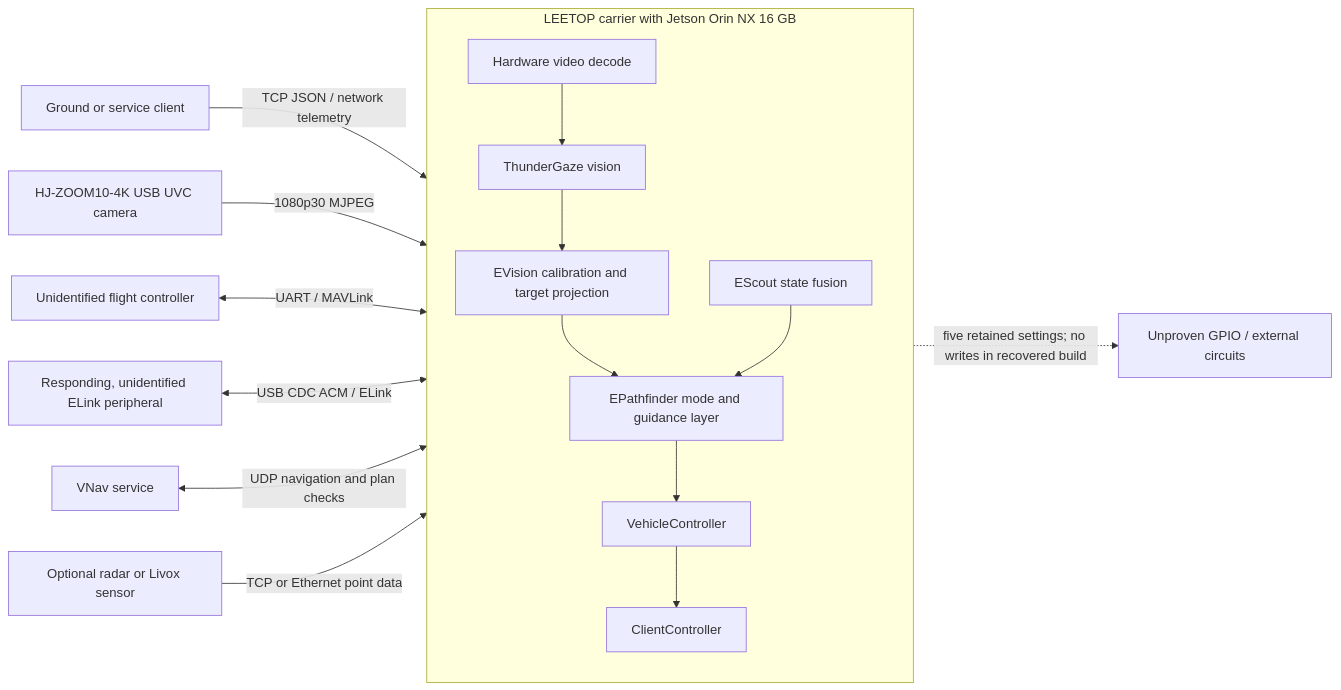
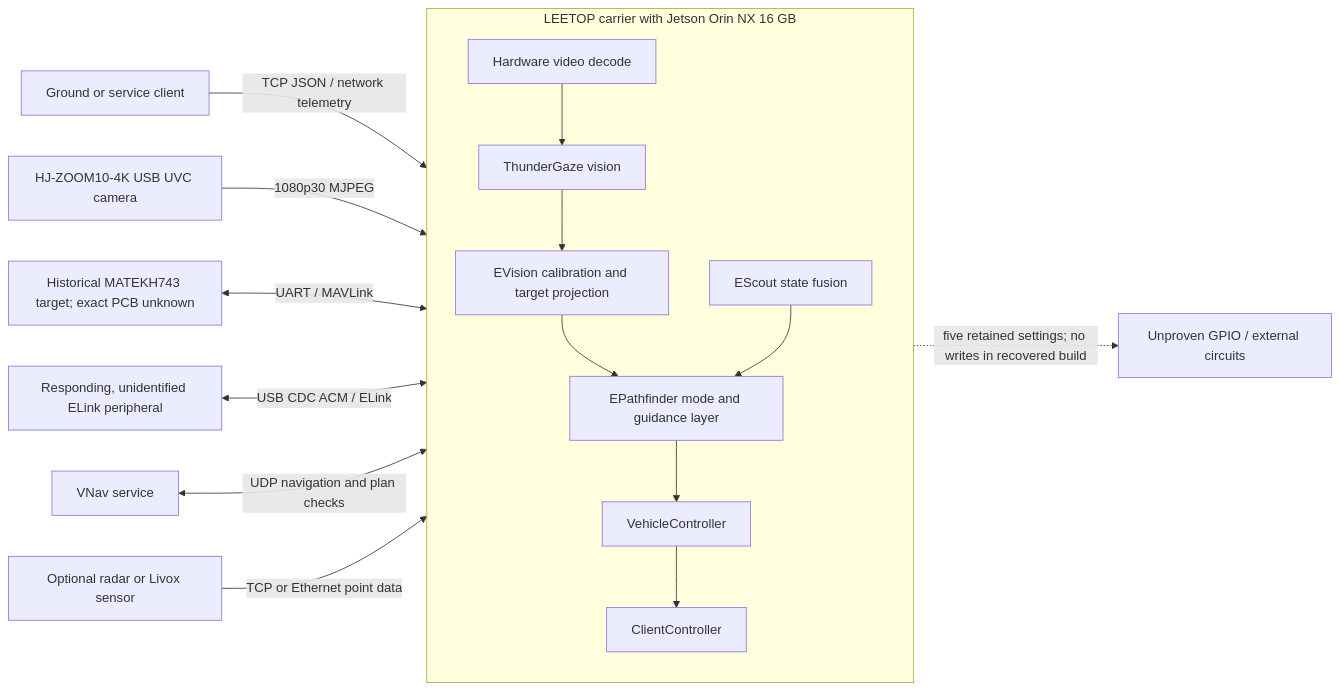
One commit to 19h/EPathfinder changed the diagram in README.md. Above: the diagram before and after it, drawn with Mermaid. The commit also changed other lines of this file and 6 other files, not shown here.

First line of the commit message:
Document historical MATEKH743 telemetry and ext4 scanner

````diff
--- a/README.md
+++ b/README.md
@@ -88,23 +92,23 @@
 ```mermaid
 flowchart LR
     GCS[Ground or service client] -->|TCP JSON / network telemetry| J
     CAM[HJ-ZOOM10-4K USB UVC camera] -->|1080p30 MJPEG| J
-    FC[Unidentified flight controller] <-->|UART / MAVLink| J
+    FC[Historical MATEKH743 target; exact PCB unknown] <-->|UART / MAVLink| J
     EL[Responding, unidentified ELink peripheral] <-->|USB CDC ACM / ELink| J
     VN[VNav service] <-->|UDP navigation and plan checks| J
     OPT[Optional radar or Livox sensor] -->|TCP or Ethernet point data| J
 
     subgraph J[LEETOP carrier with Jetson Orin NX 16 GB]
         DEC[Hardware video decode]
         TG[ThunderGaze vision]
         VIS[EVision calibration and target projection]
         SC[EScout state fusion]
         PF[EPathfinder mode and guidance layer]
         VC[VehicleController]
         CC[ClientController]
         DEC --> TG --> VIS --> PF
         SC --> PF --> VC --> CC
     end
 
     J -.->|five retained settings; no writes in recovered build| IO[Unproven GPIO / external circuits]
 ```
````
